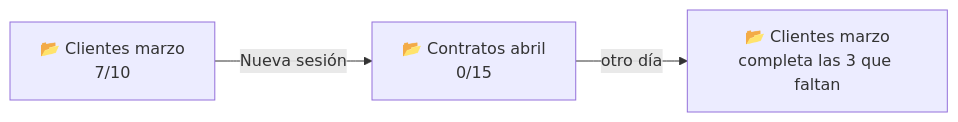
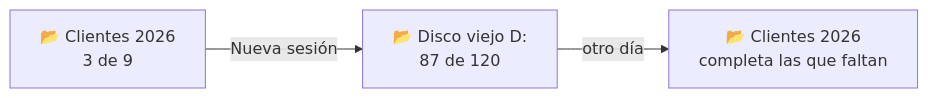
Before and after one commit to 1xmanMAX/filter-app: the eighth of 9 diagrams in README.md, drawn with Mermaid. The commit also changed other lines of this file and 10 other files, not shown here.

Commit message:
docs: complete README with real screenshots, diagrams and step-by-step examples

````diff
--- a/README.md
+++ b/README.md
@@ -58,5 +320,5 @@
 ```mermaid
 flowchart LR
-    L["📂 Clientes marzo<br>7/10"] -- Nueva sesión --> N["📂 Contratos abril<br>0/15"]
-    N -- otro día --> L2["📂 Clientes marzo<br>completa las 3 que faltan"]
+    L["📂 Clientes 2026<br>3 de 9"] -- "Nueva sesión" --> N["📂 Disco viejo D:<br>87 de 120"]
+    N -- "otro día" --> L2["📂 Clientes 2026<br>completa las que faltan"]
 ```
````
